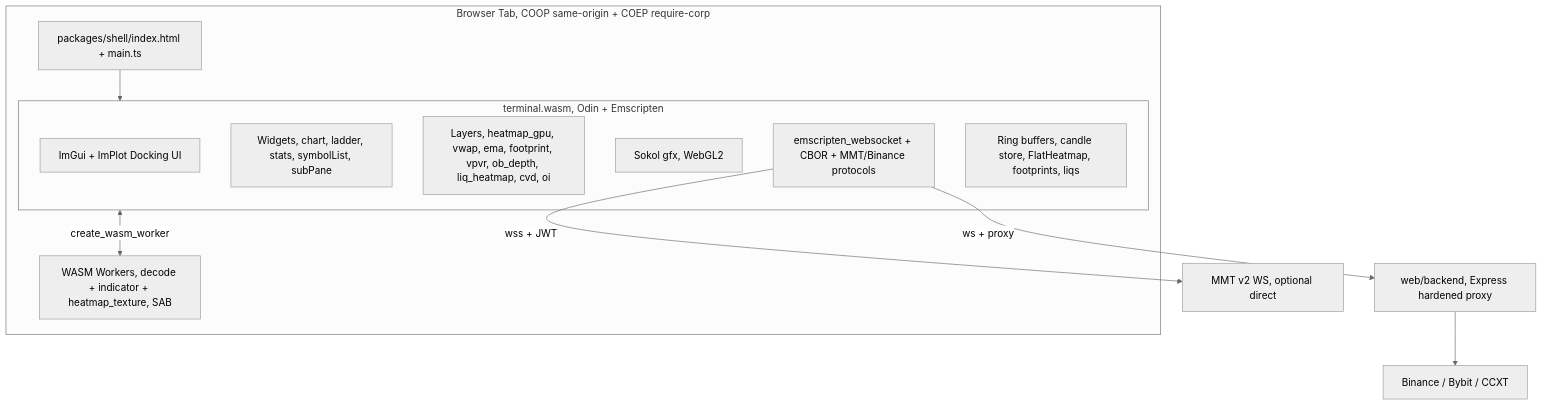
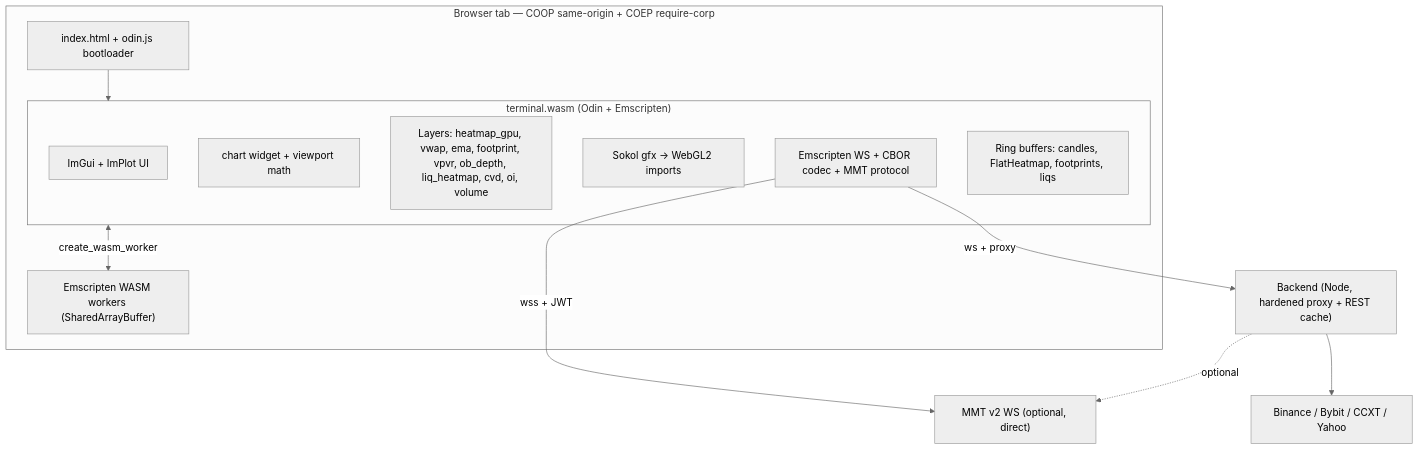
The diagram in ARCHITECTURE.md (lukasdoellingg/mmt-trade), drawn with Mermaid (neutral theme) before and after one commit. The commit also changed other lines of this file and 179 other files, not shown here.

````diff
--- a/ARCHITECTURE.md
+++ b/ARCHITECTURE.md
@@ -54,20 +49,21 @@
 ```mermaid
 flowchart TB
-  subgraph browser ["Browser Tab, COOP same-origin + COEP require-corp"]
-    shell["packages/shell/index.html + main.ts"]
-    subgraph terminal ["terminal.wasm, Odin + Emscripten"]
-      ui["ImGui + ImPlot Docking UI"]
-      widgets["Widgets, chart, ladder, stats, symbolList, subPane"]
-      layers["Layers, heatmap_gpu, vwap, ema, footprint, vpvr, ob_depth, liq_heatmap, cvd, oi"]
-      gfx["Sokol gfx, WebGL2"]
-      net["emscripten_websocket + CBOR + MMT/Binance protocols"]
-      data["Ring buffers, candle store, FlatHeatmap, footprints, liqs"]
+  subgraph browser [Browser tab — COOP same-origin + COEP require-corp]
+    shell["index.html + odin.js bootloader"]
+    subgraph terminal ["terminal.wasm (Odin + Emscripten)"]
+      ui["ImGui + ImPlot UI"]
+      widget["chart widget + viewport math"]
+      layers["Layers: heatmap_gpu, vwap, ema, footprint, vpvr, ob_depth, liq_heatmap, cvd, oi, volume"]
+      gfx["Sokol gfx → WebGL2 imports"]
+      net["Emscripten WS + CBOR codec + MMT protocol"]
+      store["Ring buffers: candles, FlatHeatmap, footprints, liqs"]
     end
-    workers["WASM Workers, decode + indicator + heatmap_texture, SAB"]
+    workers["Emscripten WASM workers (SharedArrayBuffer)"]
   end
   shell --> terminal
   terminal <-->|"create_wasm_worker"| workers
-  net -->|"wss + JWT"| mmtUp["MMT v2 WS, optional direct"]
-  net -->|"ws + proxy"| backend["web/backend, Express hardened proxy"]
-  backend --> binance["Binance / Bybit / CCXT"]
+  net -->|"wss + JWT"| mmtUp["MMT v2 WS (optional, direct)"]
+  net -->|"ws + proxy"| backend["Backend (Node, hardened proxy + REST cache)"]
+  backend --> binance["Binance / Bybit / CCXT / Yahoo"]
+  backend -.optional.-> mmtUp
 ```
````
